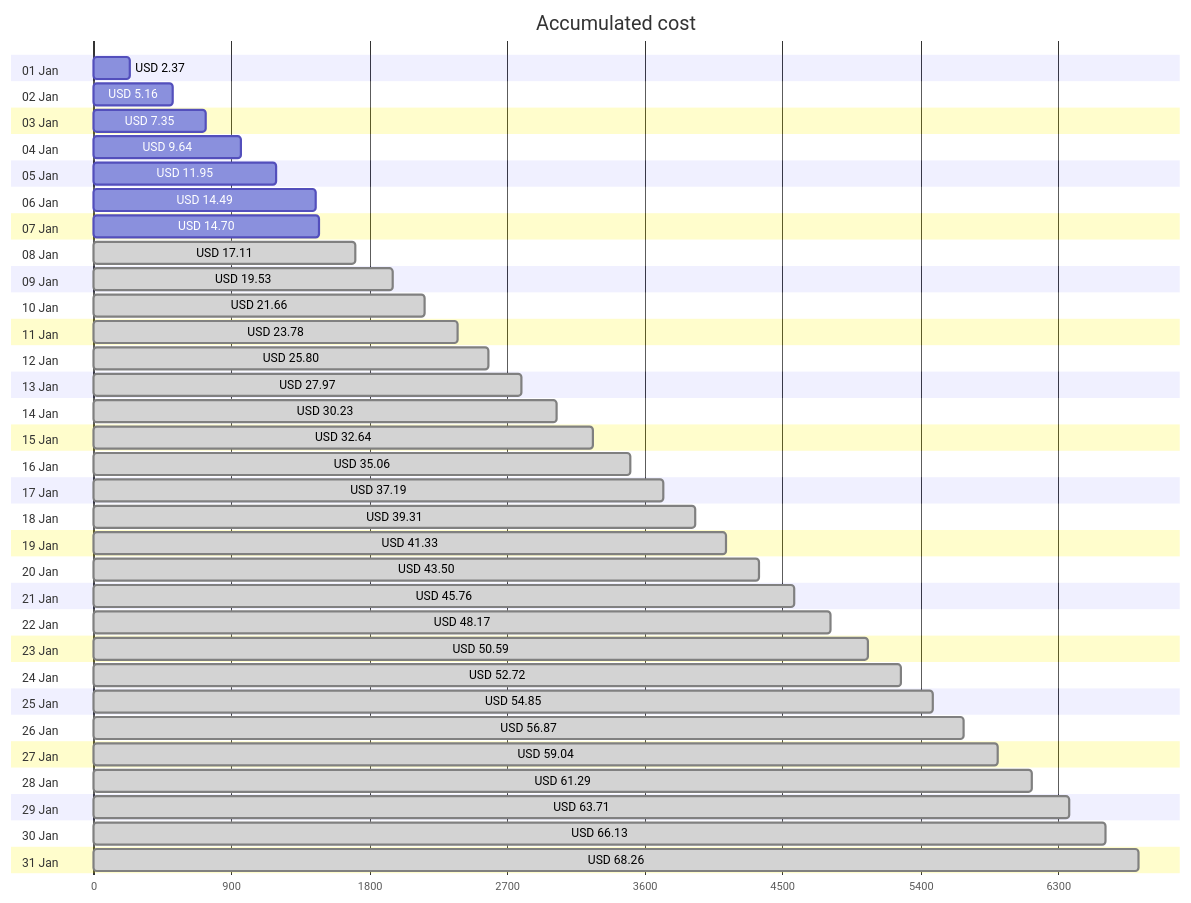
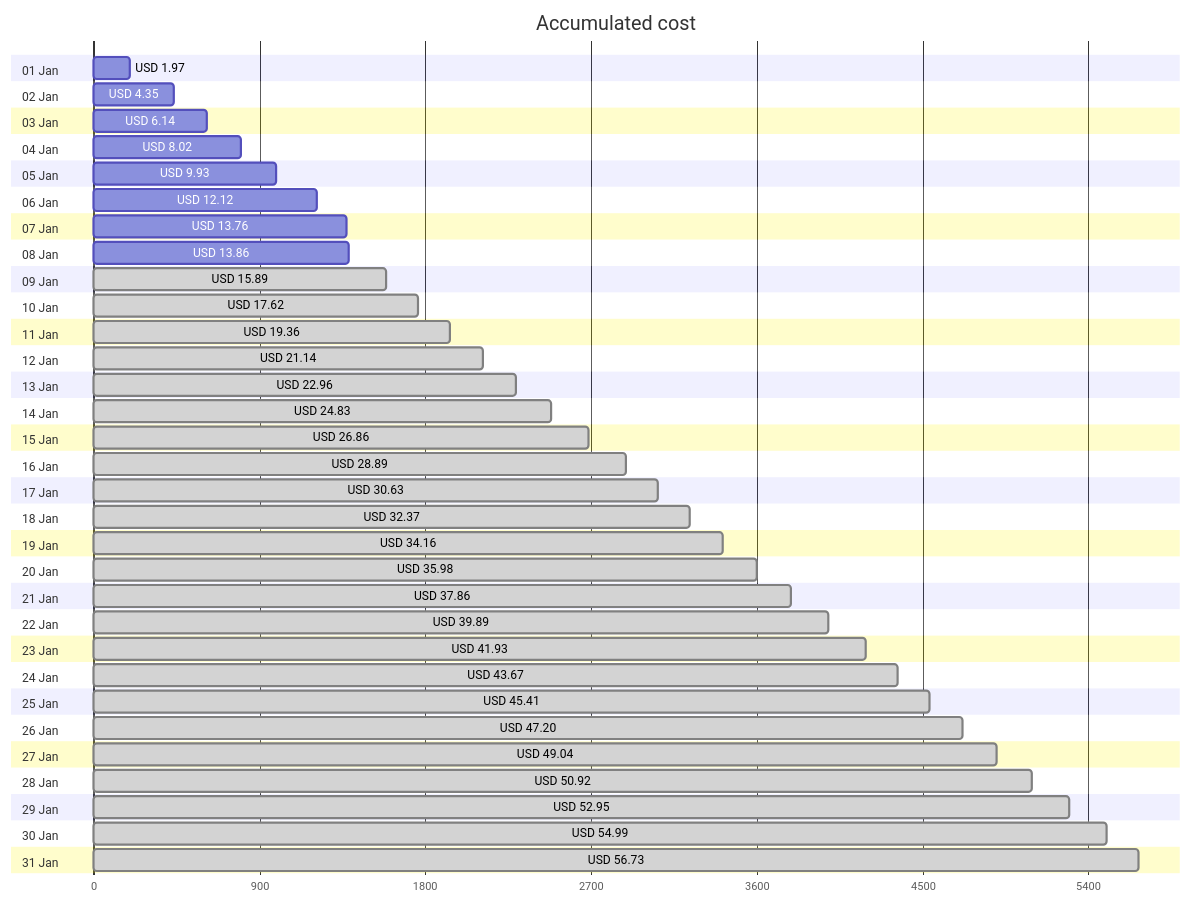
The first of 4 diagrams in cost-reports/personal-network/README.md (jpfulton/azure-personal-reports), drawn with Mermaid before and after one commit. The commit also changed other lines of this file and 8 other files, not shown here.

````diff
--- a/cost-reports/personal-network/README.md
+++ b/cost-reports/personal-network/README.md
@@ -20,68 +20,68 @@
 ```mermaid
 gantt
    title Accumulated cost
    dateFormat  X
    axisFormat %s
    section 01 Jan
-   USD 2.37 :0, 237
+   USD 1.97 :0, 197
    section 02 Jan
-   USD 5.16 :0, 516
+   USD 4.35 :0, 435
    section 03 Jan
-   USD 7.35 :0, 735
+   USD 6.14 :0, 614
    section 04 Jan
-   USD 9.64 :0, 964
+   USD 8.02 :0, 802
    section 05 Jan
-   USD 11.95 :0, 1195
+   USD 9.93 :0, 993
    section 06 Jan
-   USD 14.49 :0, 1449
+   USD 12.12 :0, 1212
    section 07 Jan
-   USD 14.70 :0, 1470
+   USD 13.76 :0, 1376
    section 08 Jan
-   USD 17.11 : done, 0, 1711
+   USD 13.86 :0, 1386
    section 09 Jan
-   USD 19.53 : done, 0, 1953
+   USD 15.89 : done, 0, 1589
    section 10 Jan
-   USD 21.66 : done, 0, 2166
+   USD 17.62 : done, 0, 1762
    section 11 Jan
-   USD 23.78 : done, 0, 2378
+   USD 19.36 : done, 0, 1936
    section 12 Jan
-   USD 25.80 : done, 0, 2580
+   USD 21.14 : done, 0, 2114
    section 13 Jan
-   USD 27.97 : done, 0, 2797
+   USD 22.96 : done, 0, 2296
    section 14 Jan
-   USD 30.23 : done, 0, 3023
+   USD 24.83 : done, 0, 2483
    section 15 Jan
-   USD 32.64 : done, 0, 3264
+   USD 26.86 : done, 0, 2686
    section 16 Jan
-   USD 35.06 : done, 0, 3506
+   USD 28.89 : done, 0, 2889
    section 17 Jan
-   USD 37.19 : done, 0, 3719
+   USD 30.63 : done, 0, 3063
    section 18 Jan
-   USD 39.31 : done, 0, 3931
+   USD 32.37 : done, 0, 3237
    section 19 Jan
-   USD 41.33 : done, 0, 4133
+   USD 34.16 : done, 0, 3416
    section 20 Jan
-   USD 43.50 : done, 0, 4350
+   USD 35.98 : done, 0, 3598
    section 21 Jan
-   USD 45.76 : done, 0, 4576
+   USD 37.86 : done, 0, 3786
    section 22 Jan
-   USD 48.17 : done, 0, 4817
+   USD 39.89 : done, 0, 3989
    section 23 Jan
-   USD 50.59 : done, 0, 5059
+   USD 41.93 : done, 0, 4193
    section 24 Jan
-   USD 52.72 : done, 0, 5272
+   USD 43.67 : done, 0, 4367
    section 25 Jan
-   USD 54.85 : done, 0, 5485
+   USD 45.41 : done, 0, 4541
    section 26 Jan
-   USD 56.87 : done, 0, 5687
+   USD 47.20 : done, 0, 4720
    section 27 Jan
-   USD 59.04 : done, 0, 5904
+   USD 49.04 : done, 0, 4904
    section 28 Jan
-   USD 61.29 : done, 0, 6129
+   USD 50.92 : done, 0, 5092
    section 29 Jan
-   USD 63.71 : done, 0, 6371
+   USD 52.95 : done, 0, 5295
    section 30 Jan
-   USD 66.13 : done, 0, 6613
+   USD 54.99 : done, 0, 5499
    section 31 Jan
-   USD 68.26 : done, 0, 6826
+   USD 56.73 : done, 0, 5673
 ```
````
